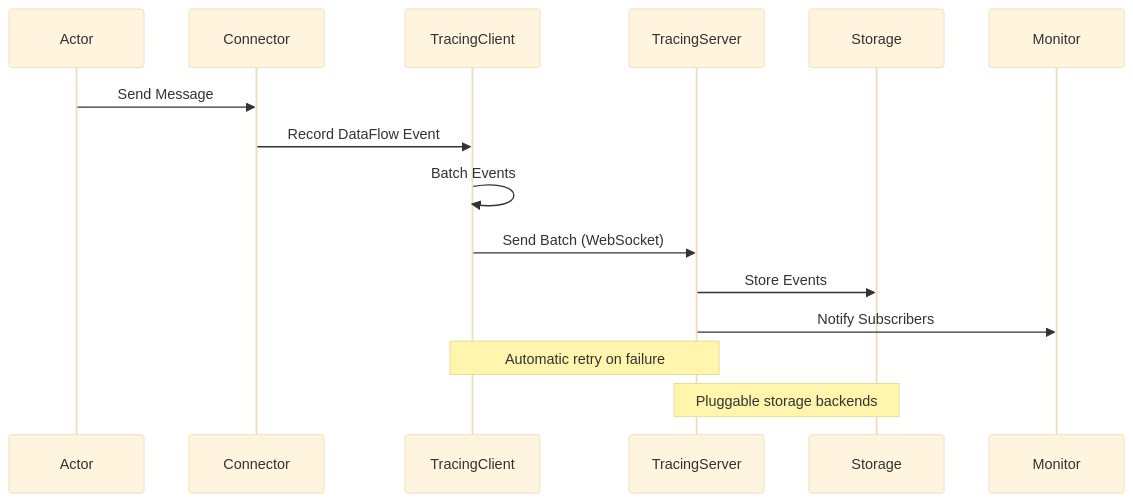
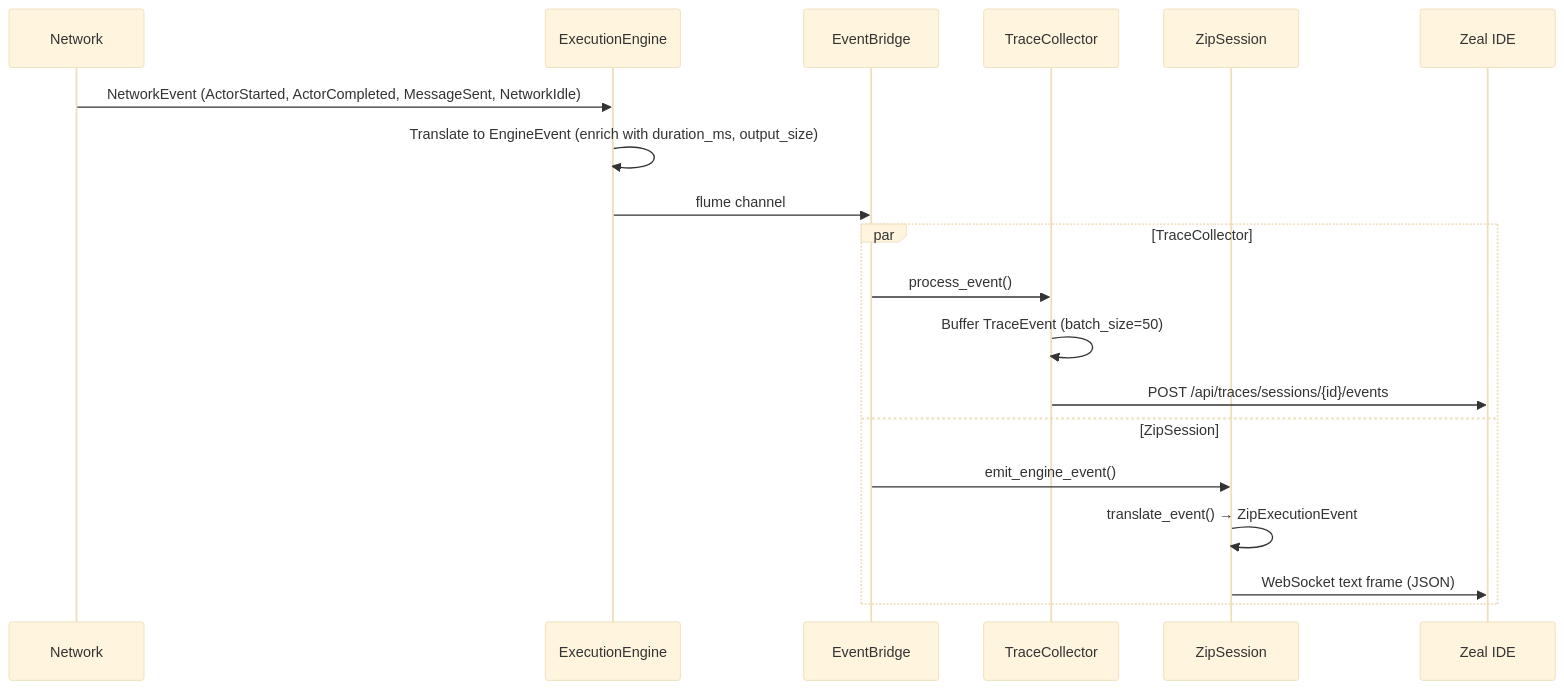
The first of 2 diagrams in docs/observability/architecture.md (offbit-ai/reflow), drawn with Mermaid (base theme) before and after one commit. The commit also changed other lines of this file and 9 other files, not shown here.

First line of the commit message:
Update docs for Zeal integration, API actors, observability pipeline, and REST API

````diff
--- a/docs/observability/architecture.md
+++ b/docs/observability/architecture.md
@@ -70,19 +74,22 @@
 ```mermaid
 sequenceDiagram
-    participant A as Actor
-    participant C as Connector
-    participant TC as TracingClient
-    participant TS as TracingServer
-    participant S as Storage
-    participant M as Monitor
-    
-    A->>C: Send Message
-    C->>TC: Record DataFlow Event
-    TC->>TC: Batch Events
-    TC->>TS: Send Batch (WebSocket)
-    TS->>S: Store Events
-    TS->>M: Notify Subscribers
-    
-    Note over TC,TS: Automatic retry on failure
-    Note over TS,S: Pluggable storage backends
+    participant N as Network
+    participant E as ExecutionEngine
+    participant EB as EventBridge
+    participant TC as TraceCollector
+    participant ZS as ZipSession
+    participant Z as Zeal IDE
+
+    N->>E: NetworkEvent (ActorStarted, ActorCompleted, MessageSent, NetworkIdle)
+    E->>E: Translate to EngineEvent (enrich with duration_ms, output_size)
+    E->>EB: flume channel
+    par TraceCollector
+        EB->>TC: process_event()
+        TC->>TC: Buffer TraceEvent (batch_size=50)
+        TC->>Z: POST /api/traces/sessions/{id}/events
+    and ZipSession
+        EB->>ZS: emit_engine_event()
+        ZS->>ZS: translate_event() → ZipExecutionEvent
+        ZS->>Z: WebSocket text frame (JSON)
+    end
 ```
````
